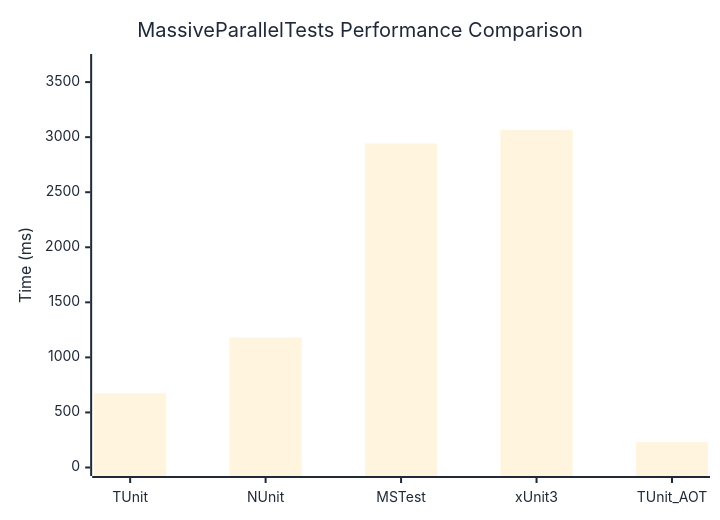
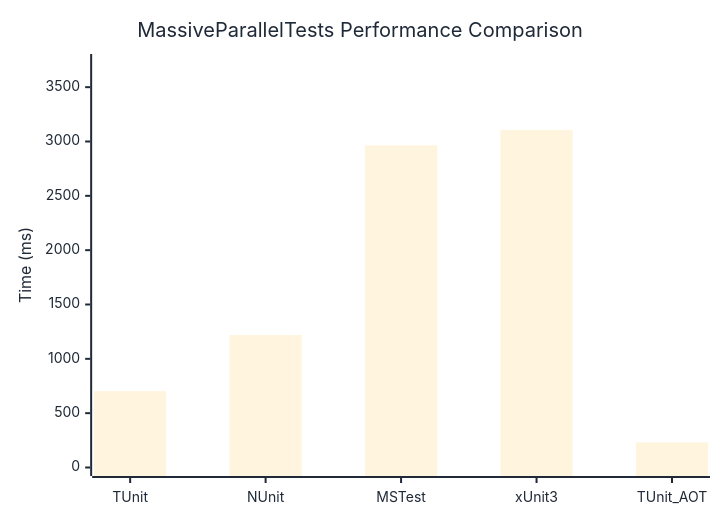
The diagram in docs/docs/benchmarks/MassiveParallelTests.md (thomhurst/TUnit), drawn with Mermaid before and after one commit. The commit also changed other lines of this file and 37 other files, not shown here.

````diff
--- a/docs/docs/benchmarks/MassiveParallelTests.md
+++ b/docs/docs/benchmarks/MassiveParallelTests.md
@@ -27,37 +27,37 @@
 ```mermaid
 %%{init: {
   'theme':'base',
   'themeVariables': {
     'primaryColor': '#2563eb',
     'primaryTextColor': '#1f2937',
     'primaryBorderColor': '#1e40af',
     'lineColor': '#6b7280',
     'secondaryColor': '#7c3aed',
     'tertiaryColor': '#dc2626',
     'background': '#ffffff',
     'mainBkg': '#2563eb',
     'secondBkg': '#7c3aed',
     'tertiaryBkg': '#dc2626',
     'clusterBkg': '#f3f4f6',
     'edgeLabelBackground': '#ffffff',
     'tertiaryTextColor': '#1f2937',
     'pie1': '#2563eb',
     'pie2': '#7c3aed',
     'pie3': '#dc2626',
     'pie4': '#f59e0b',
     'pie5': '#10b981',
     'pie6': '#06b6d4',
     'pie7': '#ec4899',
     'pie8': '#6366f1',
     'pie9': '#84cc16',
     'pie10': '#f97316',
     'pie11': '#14b8a6',
     'pie12': '#a855f7'
   }
 }}%%
 xychart-beta
   title "MassiveParallelTests Performance Comparison"
   x-axis ["TUnit", "NUnit", "MSTest", "xUnit3", "TUnit_AOT"]
-  y-axis "Time (ms)" 0 --> 3678
-  bar [673.1, 1181.3, 2941.7, 3064.7, 230.6]
+  y-axis "Time (ms)" 0 --> 3727
+  bar [702.7, 1219.4, 2964.9, 3105.4, 231.5]
 ```
````
